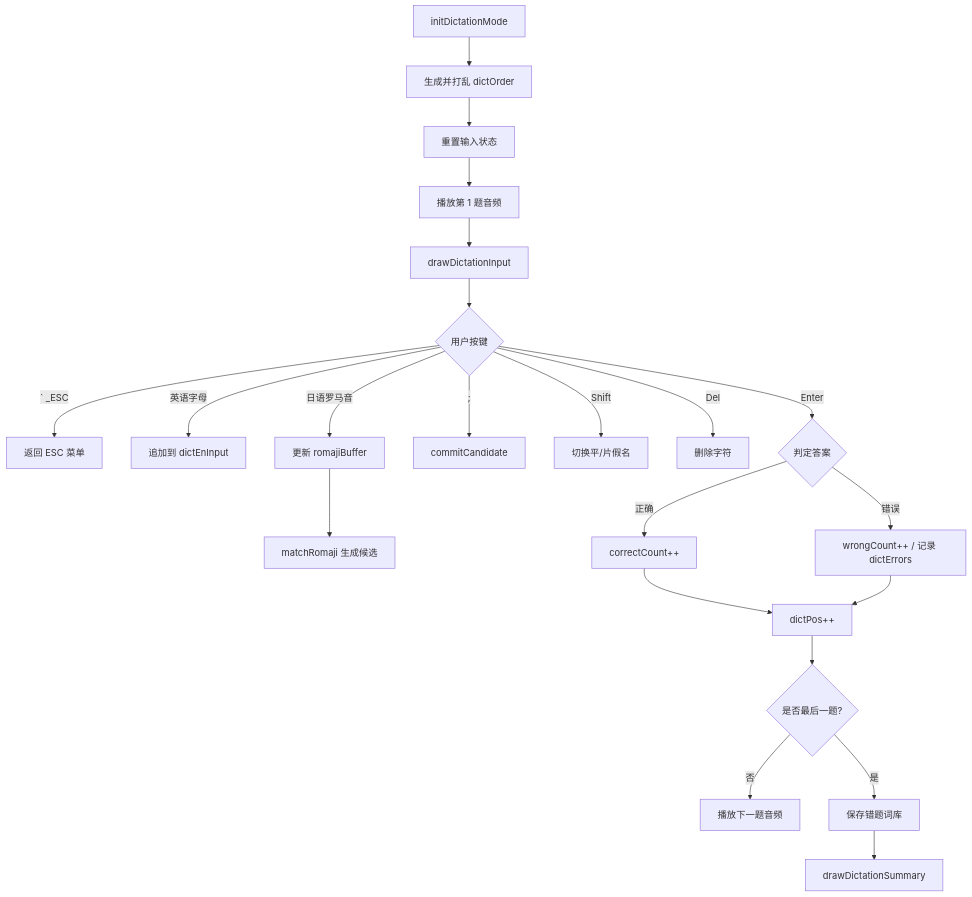
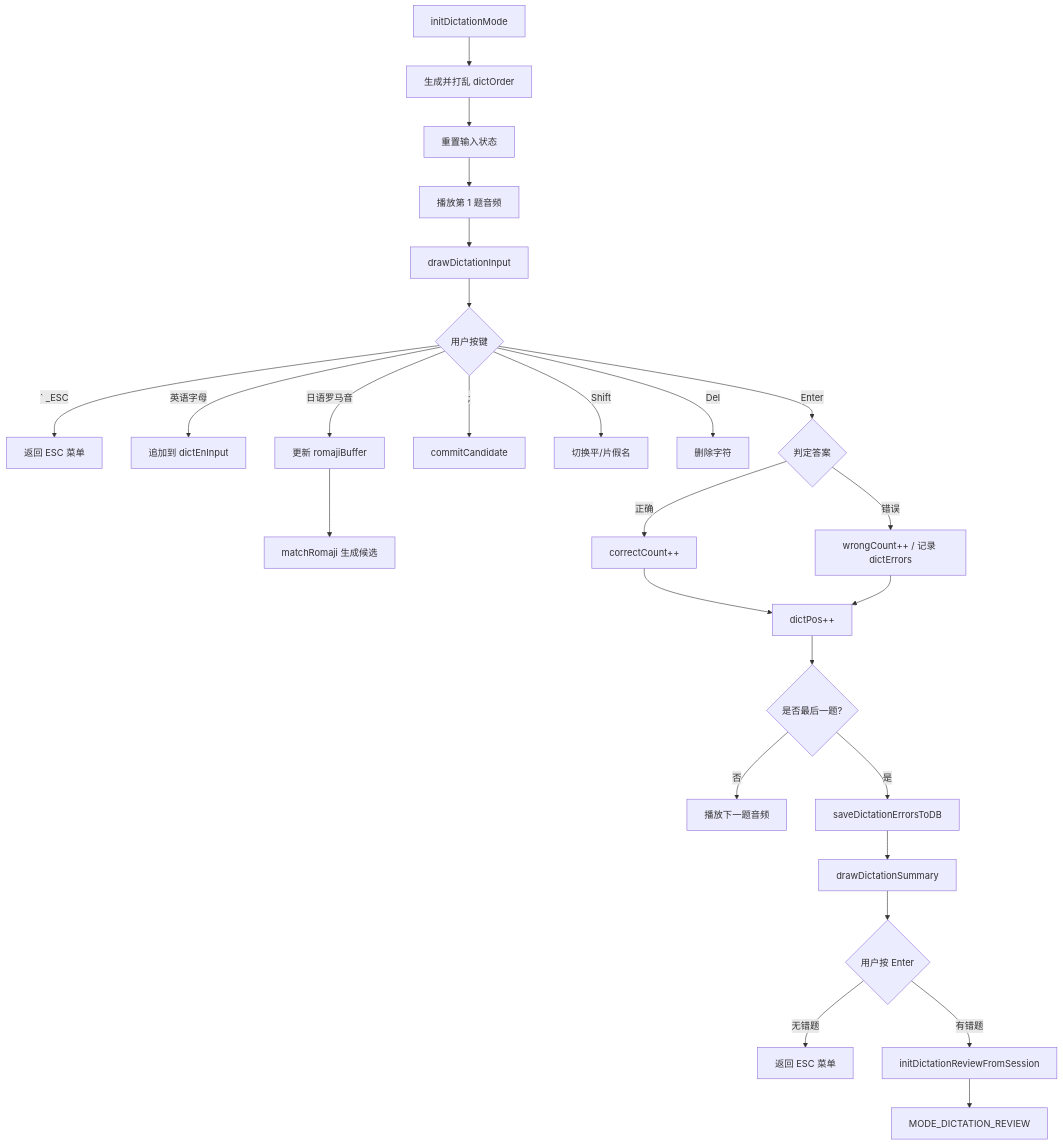
Before and after one commit to Mr-xiaotian/WordCardputer: the diagram in docs/ModeDictation.md, drawn with Mermaid. The commit also changed other lines of this file and 13 other files, not shown here.

````diff
--- a/docs/ModeDictation.md
+++ b/docs/ModeDictation.md
@@ -26,23 +26,27 @@
 ```mermaid
 flowchart TD
     A[initDictationMode] --> B[生成并打乱 dictOrder]
     B --> C[重置输入状态]
     C --> D[播放第 1 题音频]
     D --> E[drawDictationInput]
     E --> F{用户按键}
     F -->|` _ESC| G[返回 ESC 菜单]
     F -->|英语字母| H[追加到 dictEnInput]
     F -->|日语罗马音| I[更新 romajiBuffer]
     I --> J[matchRomaji 生成候选]
     F -->|;| K[commitCandidate]
     F -->|Shift| L[切换平/片假名]
     F -->|Del| M[删除字符]
     F -->|Enter| N{判定答案}
     N -->|正确| O[correctCount++]
     N -->|错误| P[wrongCount++ / 记录 dictErrors]
     O & P --> Q[dictPos++]
     Q --> R{是否最后一题?}
     R -->|否| S[播放下一题音频]
-    R -->|是| T[保存错题词库]
+    R -->|是| T[saveDictationErrorsToDB]
     T --> U[drawDictationSummary]
+    U --> V{用户按 Enter}
+    V -->|无错题| W[返回 ESC 菜单]
+    V -->|有错题| X[initDictationReviewFromSession]
+    X --> Y[MODE_DICTATION_REVIEW]
 ```
````
